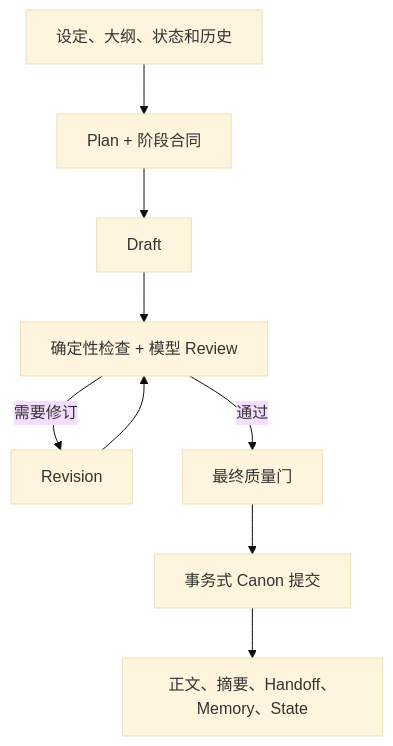
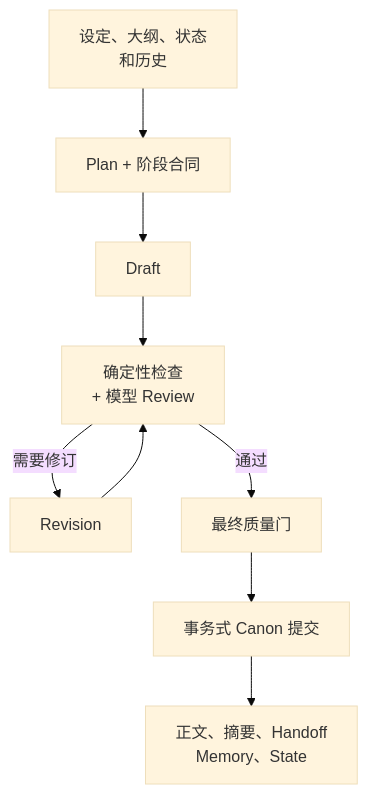
One commit to shjkea/NovelAgent changed the second of 2 diagrams in docs/ARCHITECTURE.md. Above: the diagram before and after it, drawn with Mermaid (base theme). The commit also changed other lines of this file and 1 other file, not shown here.

Commit message:
Fix Mermaid labels in architecture docs

````diff
--- a/docs/ARCHITECTURE.md
+++ b/docs/ARCHITECTURE.md
@@ -22,11 +22,11 @@
 ```mermaid
 flowchart TD
-    Input["设定、大纲、状态和历史"] --> Plan["Plan + 阶段合同"]
+    Input["设定、大纲、状态<br/>和历史"] --> Plan["Plan + 阶段合同"]
     Plan --> Draft["Draft"]
-    Draft --> Check["确定性检查 + 模型 Review"]
+    Draft --> Check["确定性检查<br/>+ 模型 Review"]
     Check -->|"需要修订"| Revise["Revision"]
     Revise --> Check
     Check -->|"通过"| Gate["最终质量门"]
     Gate --> Commit["事务式 Canon 提交"]
-    Commit --> Output["正文、摘要、Handoff、Memory、State"]
+    Commit --> Output["正文、摘要、Handoff<br/>Memory、State"]
 ```
````
